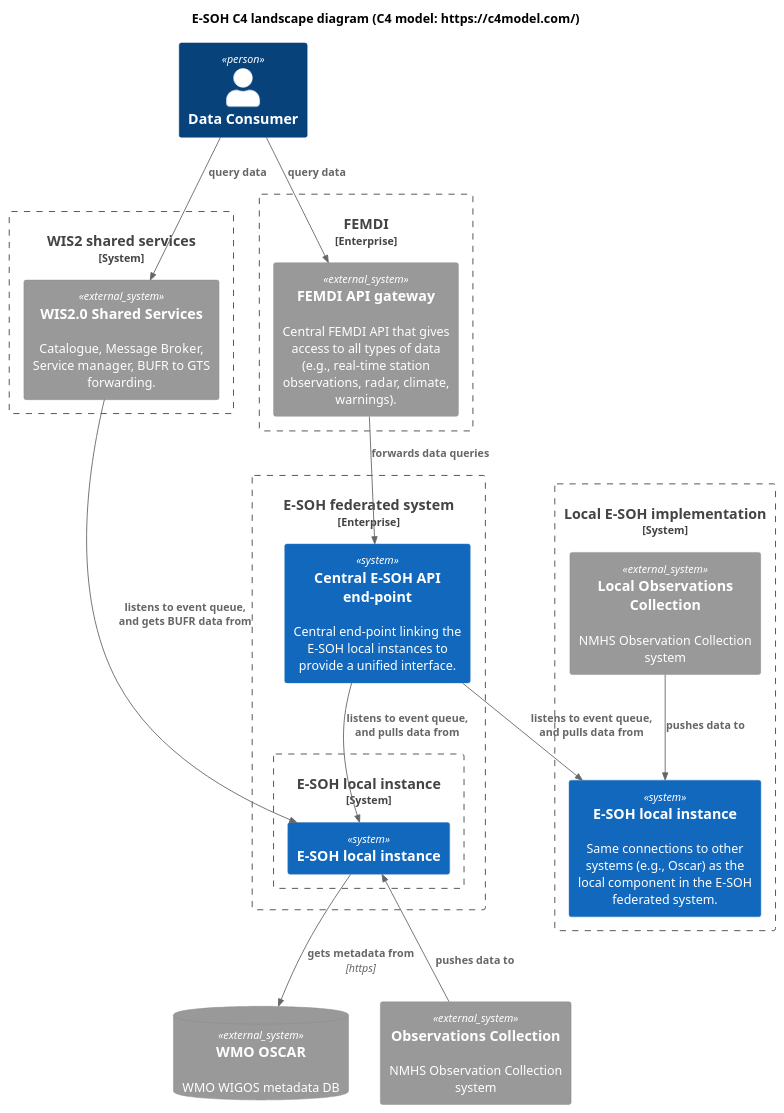
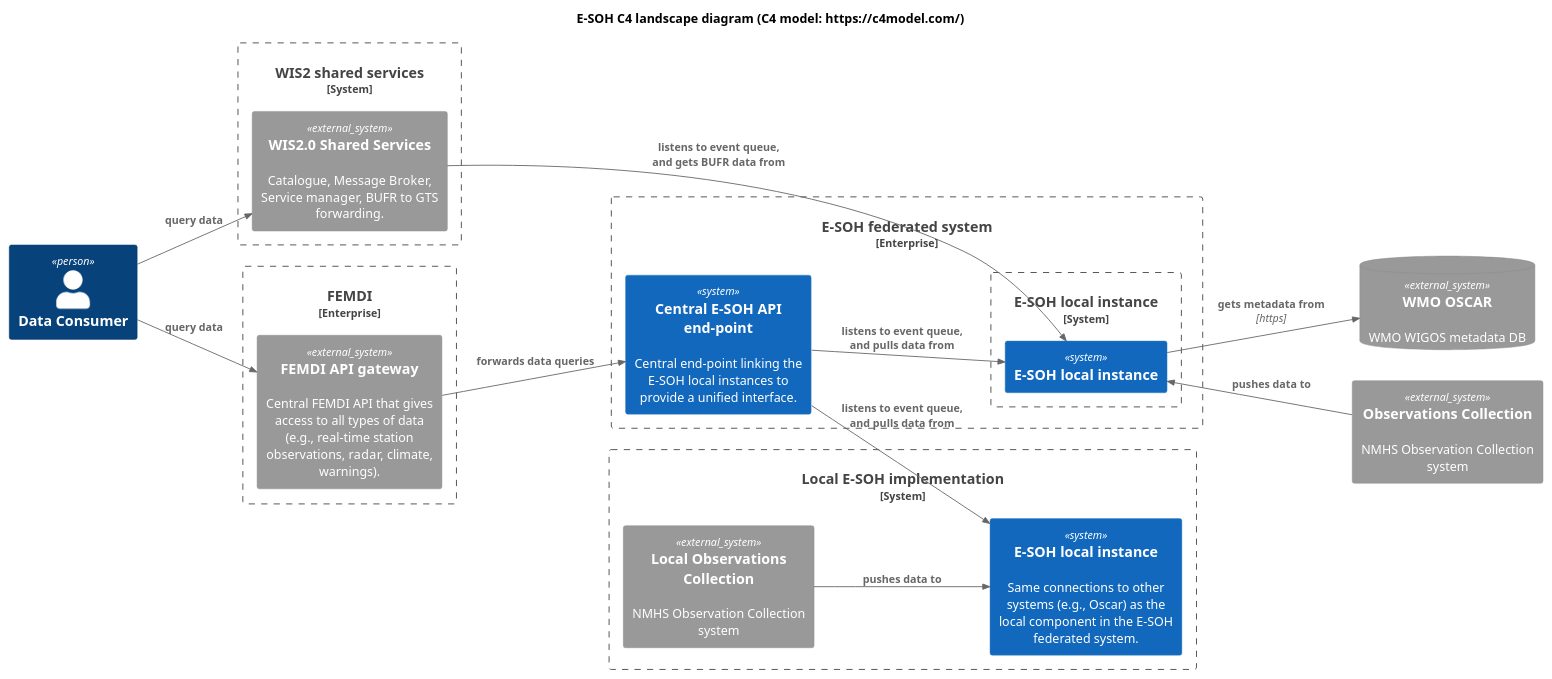
Before and after one commit to EURODEO/e-soh-technical-architecture: the diagram in source/puml/E-SOH-C4-landscape-diagram.puml, drawn with PlantUML. The commit also changed 2 other files, not shown here.

```diff
--- a/source/puml/E-SOH-C4-landscape-diagram.puml
+++ b/source/puml/E-SOH-C4-landscape-diagram.puml
@@ -1,65 +1,65 @@
 @startuml "E-SOH-C4-landscape-diagram"
 
 !include <C4/C4_Container>
 
 '!include https://raw.githubusercontent.com/plantuml-stdlib/C4-PlantUML/master/C4_Context.puml
 ' or use local:
 '!include C4_Context.puml
 
-LAYOUT_TOP_DOWN()
-'LAYOUT_LEFT_RIGHT()
+'LAYOUT_TOP_DOWN()
+LAYOUT_LEFT_RIGHT()
 'LAYOUT_AS_SKETCH()
 'LAYOUT_WITH_LEGEND()
 
 title E-SOH C4 landscape diagram (C4 model: https://c4model.com/)
 
 'AddElementTag("microService", $shape=EightSidedShape(), $bgColor="CornflowerBlue", $fontColor="white", $legendText="micro service\neight sided")
 
 
 Person(consumer, "Data Consumer")
 
 Enterprise_Boundary(femdi_all, "FEMDI") {
     System_Ext("femdigw", "FEMDI API gateway", "Central FEMDI API that gives access to all types of data (e.g., real-time station observations, radar, climate, warnings).")
 }
 
 Enterprise_Boundary(esoh_all, "E-SOH federated system"){
   System(centralapi, "Central E-SOH API end-point", "Central end-point linking the E-SOH local instances to provide a unified interface.")
 
   System_Boundary(esoh_fed, "E-SOH local instance"){
     System(esoh, "E-SOH local instance", "")
   }
 }
 
 ' WIS2 box:
 System_Boundary(wis2shared_all, "WIS2 shared services"){
     System_Ext(wis2shared, "WIS2.0 Shared Services", "Catalogue, Message Broker, Service manager, BUFR to GTS forwarding.")
     'System_Ext(wis2gts, "WMO WIS2.0 GTS relay", "Relay the BUFR files into GTS.")
 }
 
 System_Boundary(esoh_local_implementation, "Local E-SOH implementation"){
     System_Ext(obscoll_local,"Local Observations Collection", "NMHS Observation Collection system")
     System(esoh_local, "E-SOH local instance", "Same connections to other systems (e.g., Oscar) as the local component in the E-SOH federated system.")
 }
 
 SystemDb_Ext(oscar, "WMO OSCAR", "WMO WIGOS metadata DB")
 System_Ext(obscoll,"Observations Collection", "NMHS Observation Collection system")
 
 Rel_U(obscoll, esoh, "pushes data to")
 
 Rel(obscoll_local, esoh_local, "pushes data to")
 
 
 Rel(wis2shared, esoh, "listens to event queue, and gets BUFR data from")
 Rel(esoh, oscar, "gets metadata from", "https")
 
 Rel(consumer, wis2shared ,"query data")
 Rel("consumer", "femdigw","query data")
 Rel(femdigw, centralapi, "forwards data queries")
 Rel(centralapi, esoh_local, "listens to event queue, and pulls data from")
 Rel(centralapi, esoh, "listens to event queue, and pulls data from")
 
 'layout:
 'Lay_U("oscar", "obscoll")
 'Lay_L("obscoll","esoh")
 
 @enduml
```
